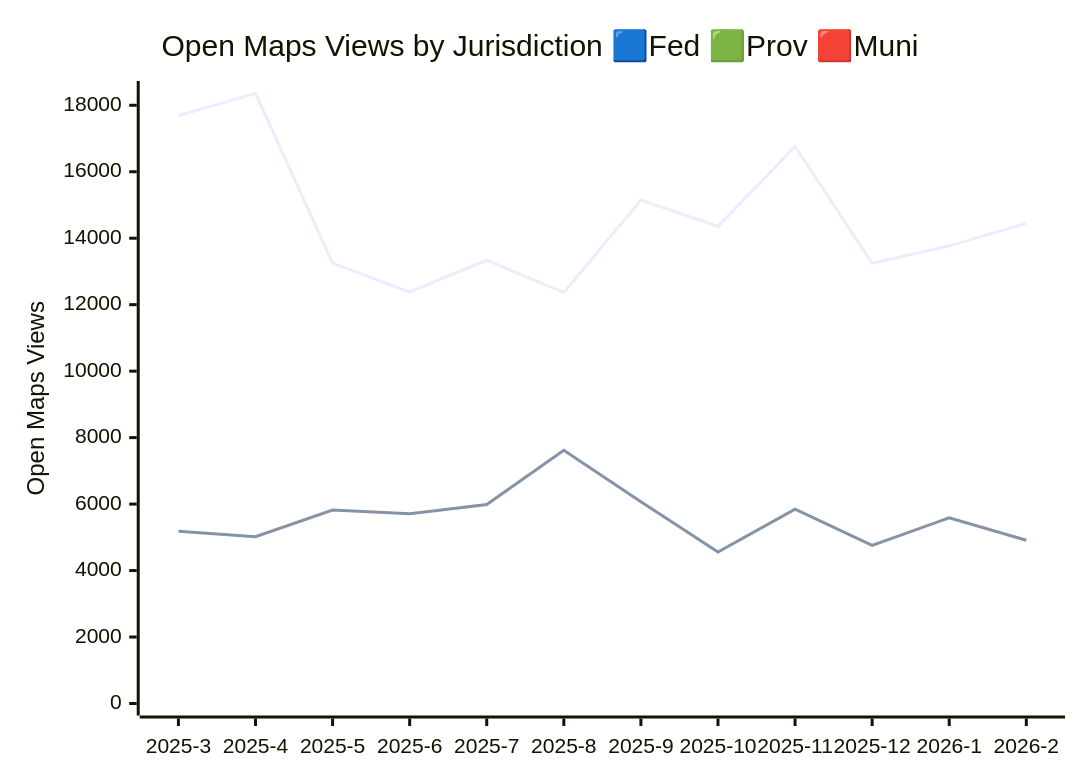
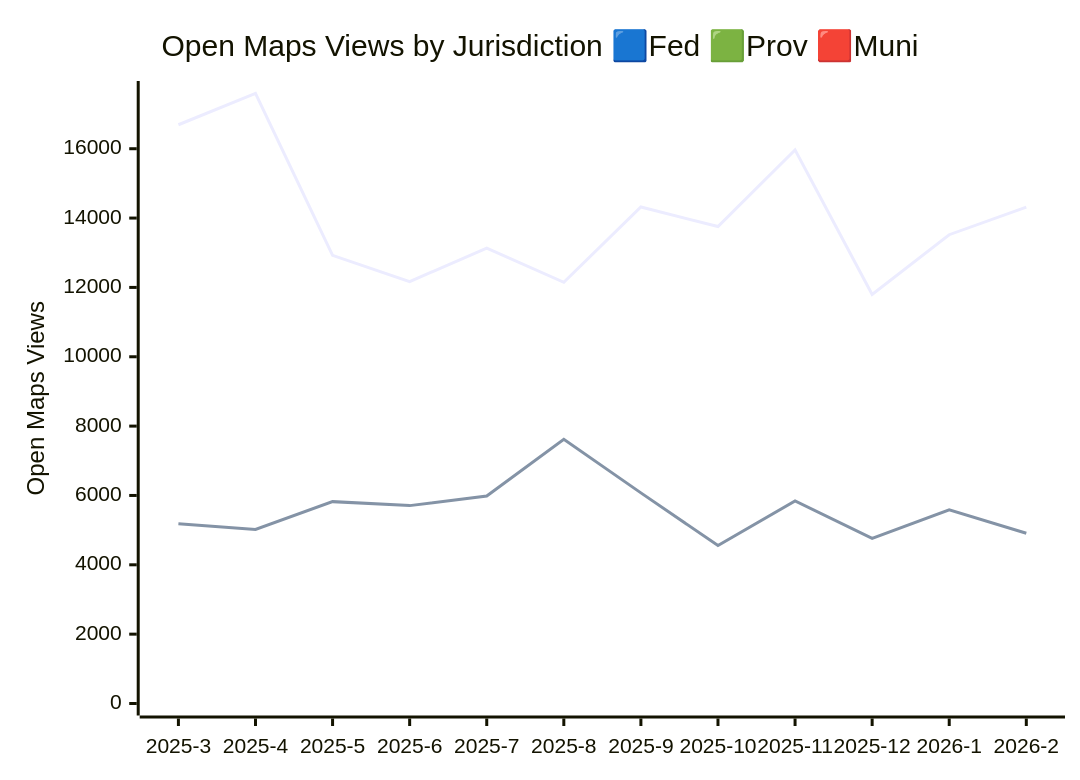
The third of 3 diagrams in JURISDICTION_ANALYTICS_REPORT/readme.md (open-data/analytics-corporate-reporting), drawn with Mermaid before and after one commit. The commit also changed other lines of this file and 3 other files, not shown here.

````diff
--- a/JURISDICTION_ANALYTICS_REPORT/readme.md
+++ b/JURISDICTION_ANALYTICS_REPORT/readme.md
@@ -41,9 +41,9 @@
 ```mermaid
 
 xychart-beta
     title "Open Maps Views by Jurisdiction 🟦Fed 🟩Prov 🟥Muni"
     x-axis [2025-3, 2025-4, 2025-5, 2025-6, 2025-7, 2025-8, 2025-9, 2025-10, 2025-11, 2025-12, 2026-1, 2026-2]
-    y-axis "Open Maps Views" 0 --> 18369
-    line [17687, 18359, 13250, 12379, 13343, 12366, 15153, 14355, 16762, 13244, 13771, 14448]
+    y-axis "Open Maps Views" 0 --> 17607
+    line [16691, 17597, 12924, 12169, 13130, 12149, 14319, 13755, 15966, 11799, 13520, 14315]
     line [5185, 5019, 5822, 5707, 5985, 7617, 6074, 4555, 5845, 4760, 5587, 4911]
 ```
````
